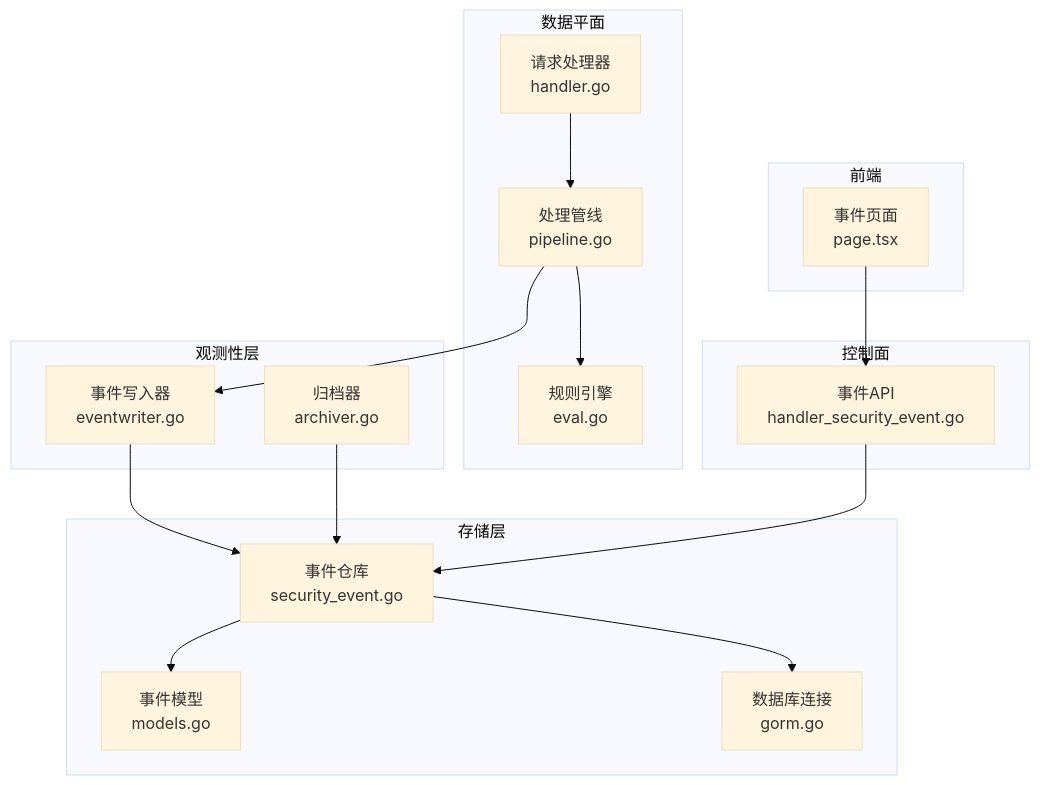
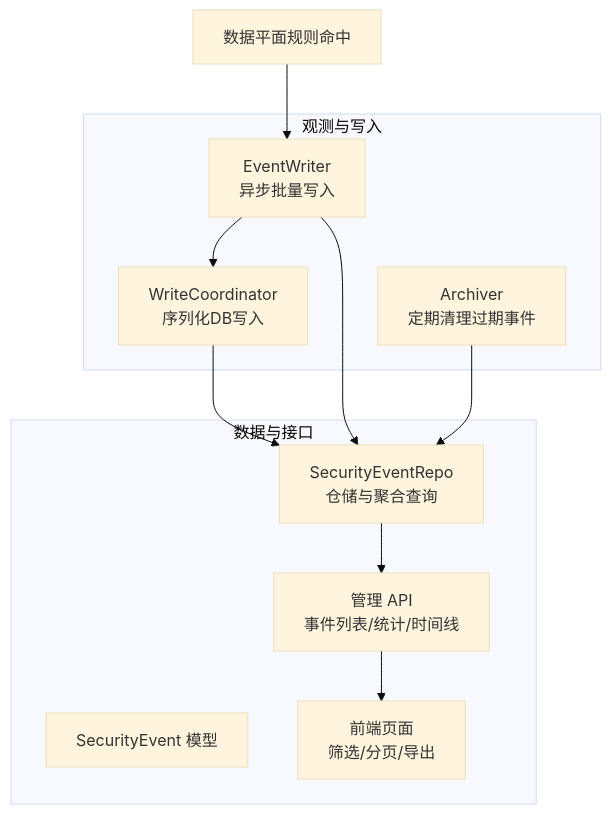
Before and after one commit to x01n/My-OpenWaf: the first of 10 diagrams in docs/监控与可观测性/安全事件记录.md, drawn with Mermaid (base theme). The commit also changed other lines of this file and 199 other files, not shown here.

````diff
--- a/docs/监控与可观测性/安全事件记录.md
+++ b/docs/监控与可观测性/安全事件记录.md
@@ -43,32 +43,21 @@
 ```mermaid
 graph TB
-subgraph "数据平面"
-DP["请求处理器<br/>handler.go"]
-ENG["规则引擎<br/>eval.go"]
-PIPE["处理管线<br/>pipeline.go"]
+subgraph "观测与写入"
+EW["EventWriter<br/>异步批量写入"]
+WC["WriteCoordinator<br/>序列化DB写入"]
+AR["Archiver<br/>定期清理过期事件"]
 end
-subgraph "观测性层"
-EW["事件写入器<br/>eventwriter.go"]
-ARC["归档器<br/>archiver.go"]
+subgraph "数据与接口"
+EV["SecurityEvent 模型"]
+REPO["SecurityEventRepo<br/>仓储与聚合查询"]
+API["管理 API<br/>事件列表/统计/时间线"]
+FE["前端页面<br/>筛选/分页/导出"]
 end
-subgraph "存储层"
-REPO["事件仓库<br/>security_event.go"]
-MODEL["事件模型<br/>models.go"]
-DB["数据库连接<br/>gorm.go"]
-end
-subgraph "控制面"
-API["事件API<br/>handler_security_event.go"]
-end
-subgraph "前端"
-UI["事件页面<br/>page.tsx"]
-end
-DP --> PIPE
-PIPE --> ENG
-PIPE --> EW
+DP["数据平面规则命中"] --> EW
+EW --> WC
+WC --> REPO
 EW --> REPO
-REPO --> MODEL
-REPO --> DB
-ARC --> REPO
-API --> REPO
-UI --> API
+REPO --> API
+API --> FE
+AR --> REPO
 ```
````
